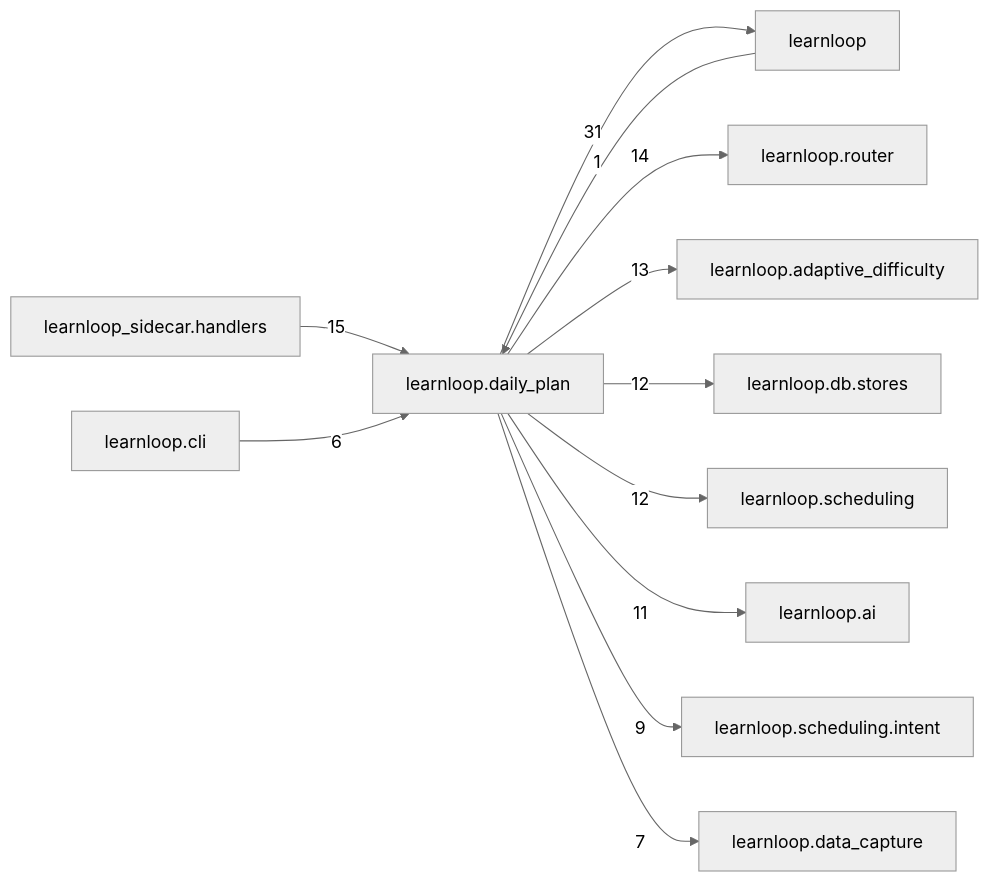
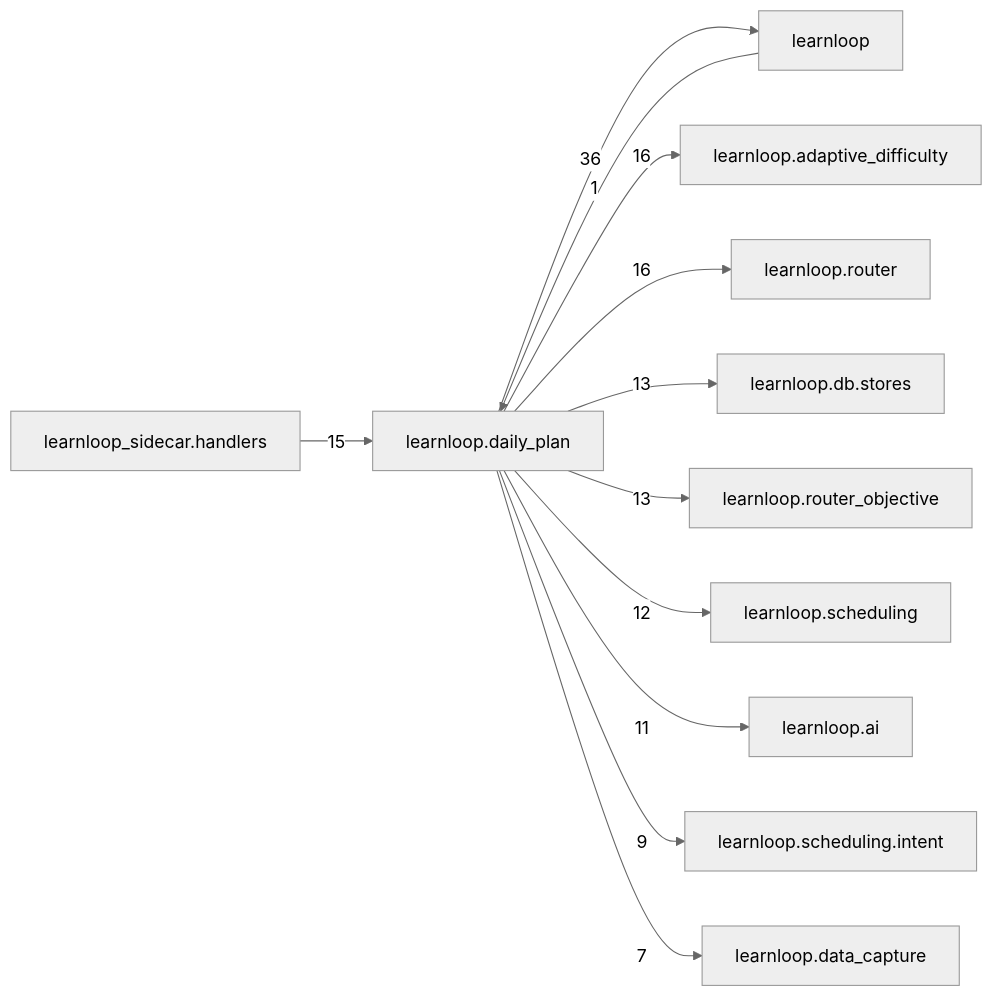
The diagram in docs/learnloop-architecture-vault/Reference/Modules/learnloop/daily_plan/_package.md (6up-b/learnanything), drawn with Mermaid (neutral theme) before and after one commit. The commit also changed other lines of this file and 585 other files, not shown here.

````diff
--- a/docs/learnloop-architecture-vault/Reference/Modules/learnloop/daily_plan/_package.md
+++ b/docs/learnloop-architecture-vault/Reference/Modules/learnloop/daily_plan/_package.md
@@ -152,25 +158,25 @@
 ```mermaid
 flowchart LR
     center["learnloop.daily_plan"]
     n_learnloop["learnloop"]
+    n_learnloop_adaptive_difficulty["learnloop.adaptive_difficulty"]
+    n_learnloop_router["learnloop.router"]
     n_learnloop_sidecar_handlers["learnloop_sidecar.handlers"]
-    n_learnloop_router["learnloop.router"]
-    n_learnloop_adaptive_difficulty["learnloop.adaptive_difficulty"]
     n_learnloop_db_stores["learnloop.db.stores"]
+    n_learnloop_router_objective["learnloop.router_objective"]
     n_learnloop_scheduling["learnloop.scheduling"]
     n_learnloop_ai["learnloop.ai"]
     n_learnloop_scheduling_intent["learnloop.scheduling.intent"]
     n_learnloop_data_capture["learnloop.data_capture"]
-    n_learnloop_cli["learnloop.cli"]
     n_learnloop -->|1| center
-    center -->|31| n_learnloop
+    center -->|36| n_learnloop
+    center -->|16| n_learnloop_adaptive_difficulty
+    center -->|16| n_learnloop_router
     n_learnloop_sidecar_handlers -->|15| center
-    center -->|14| n_learnloop_router
-    center -->|13| n_learnloop_adaptive_difficulty
-    center -->|12| n_learnloop_db_stores
+    center -->|13| n_learnloop_db_stores
+    center -->|13| n_learnloop_router_objective
     center -->|12| n_learnloop_scheduling
     center -->|11| n_learnloop_ai
     center -->|9| n_learnloop_scheduling_intent
     center -->|7| n_learnloop_data_capture
-    n_learnloop_cli -->|6| center
 ```
````
